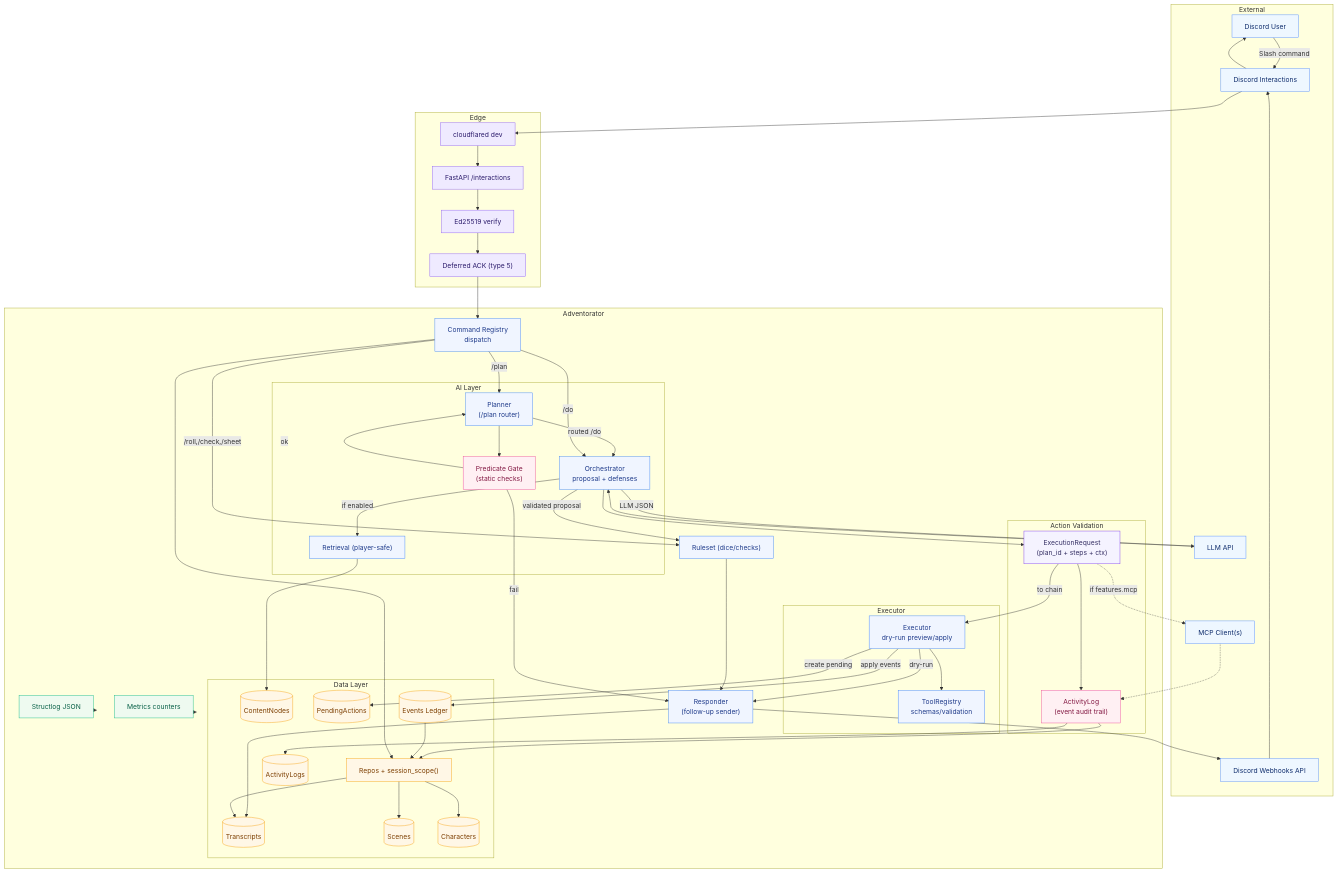
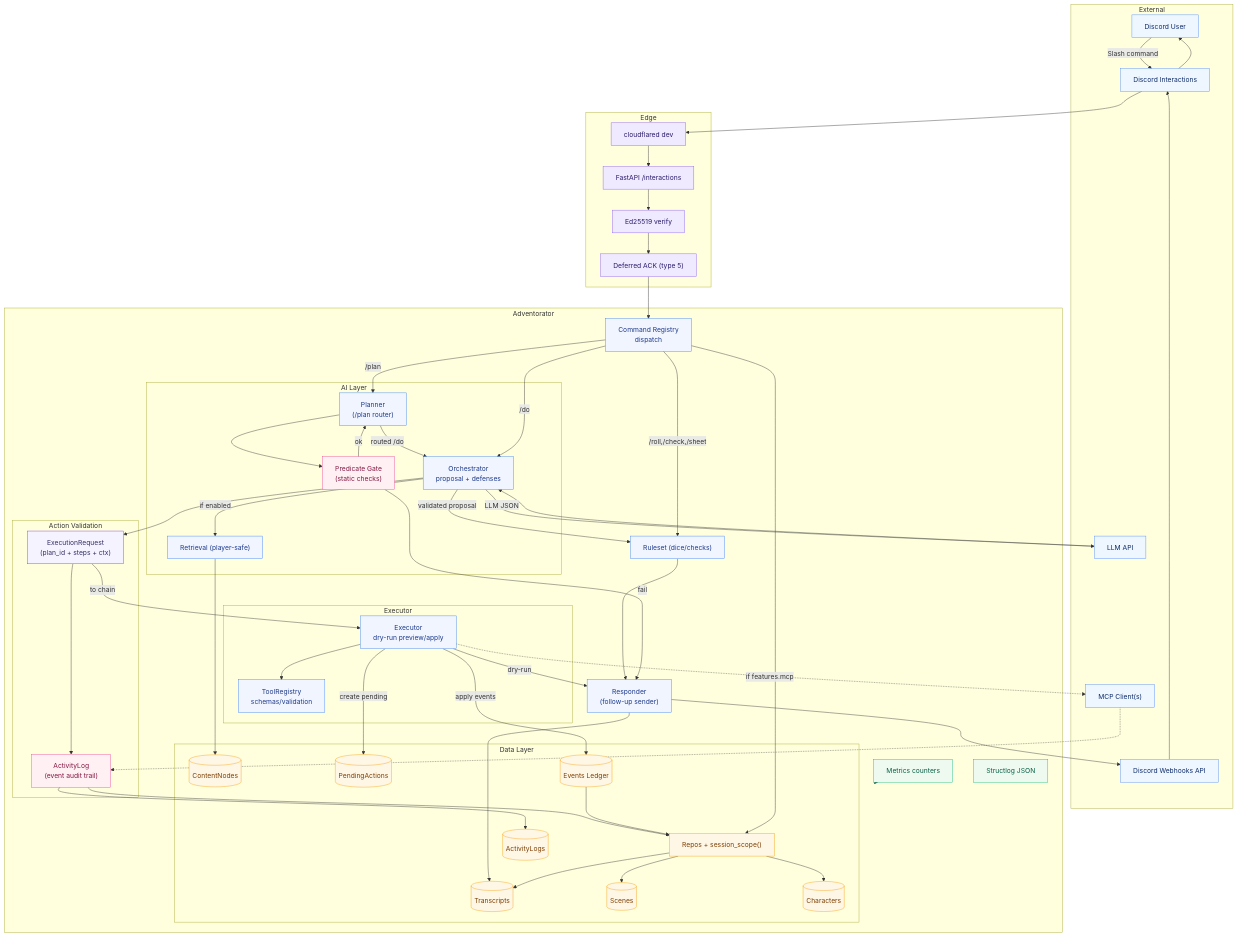
The first of 3 diagrams in README.md (crashtestbrandt/Adventorator), drawn with Mermaid before and after one commit. The commit also changed other lines of this file and 37 other files, not shown here.

```diff
--- a/README.md
+++ b/README.md
@@ -145,8 +139,8 @@
   Repos --> Characters
   Repos --> Transcripts
   ActivityLog --> ActLog
-  %% Optional MCP path: ExecutionRequest fan-out
-  ExecReq -.->|if features.mcp| MCP
+  %% Optional MCP path: Executor routes via MCP adapters when enabled
+  Exec -.->|if features.mcp| MCP
   MCP -.-> ActivityLog
   Metrics -.-> APP
   Logs -.-> APP
```
